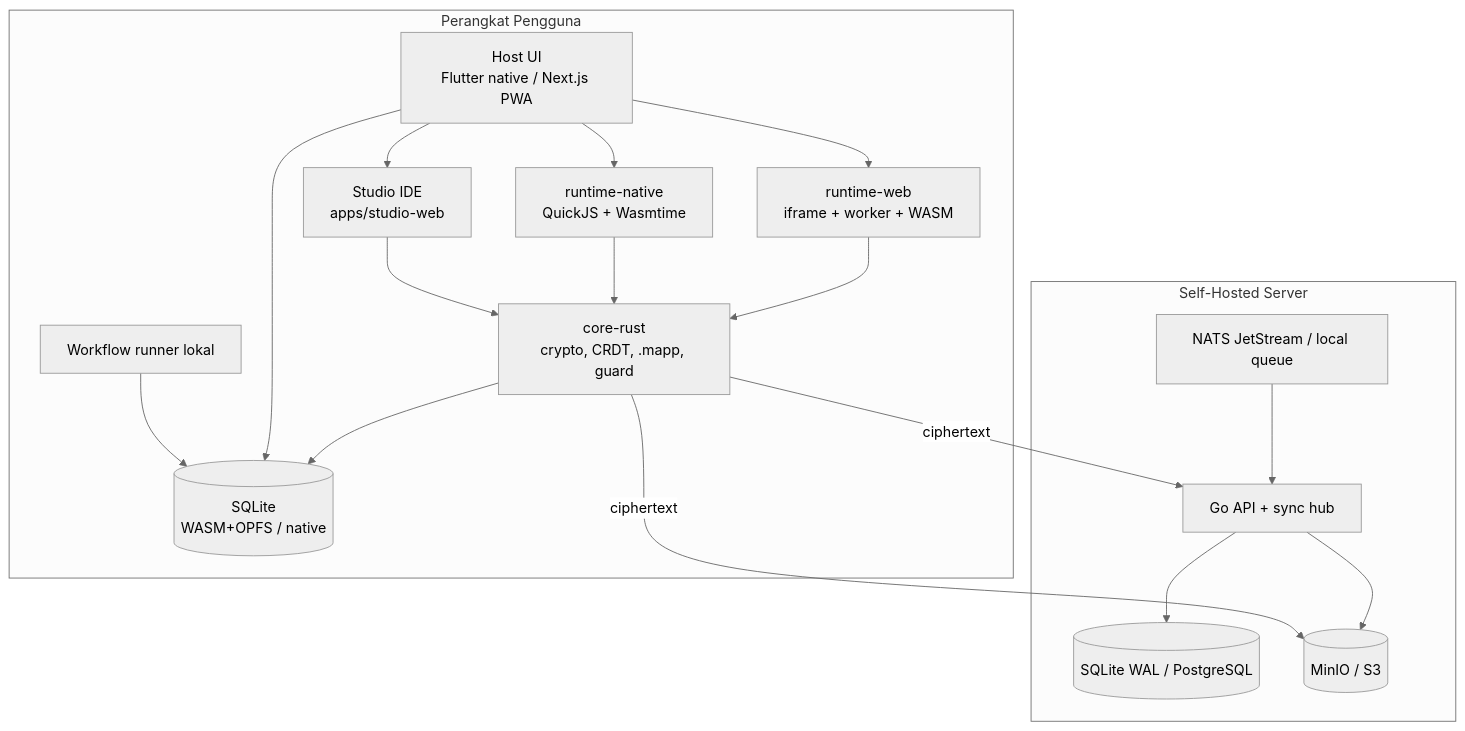
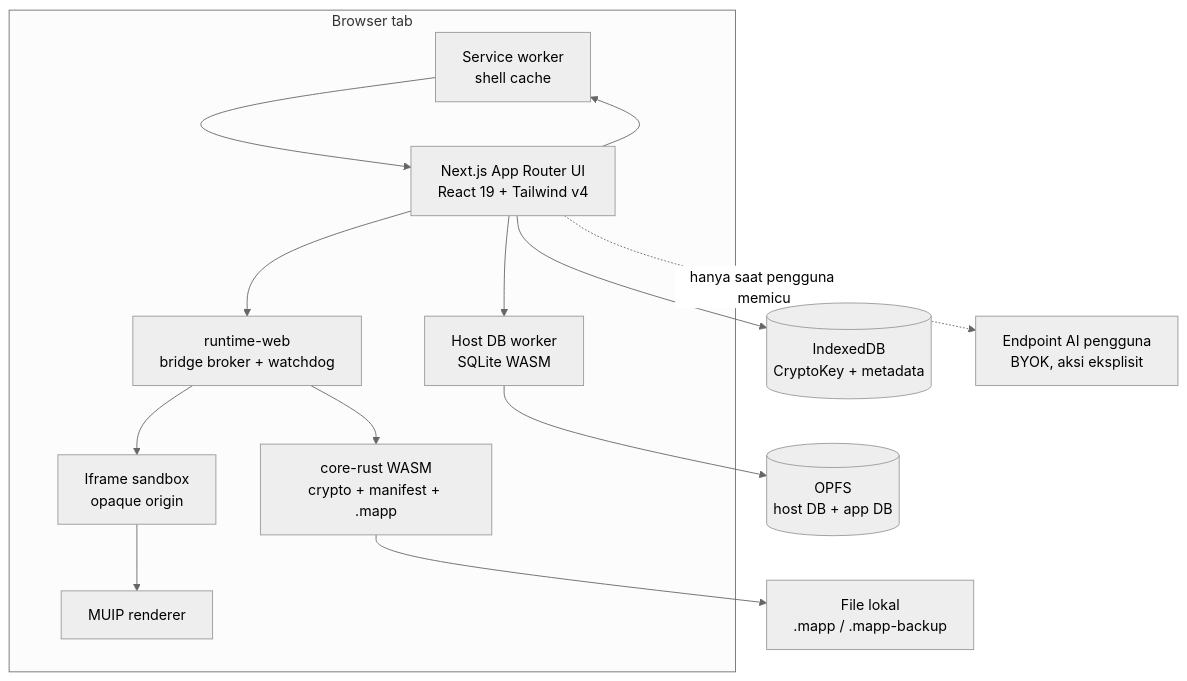
Before and after one commit to Reinvy/microapp-studio: the diagram in docs/01-architecture/system-overview.md, drawn with Mermaid (neutral theme). The commit also changed other lines of this file and 36 other files, not shown here.

First line of the commit message:
docs(architecture): arsitektur web-only dan ADR 0017-0022

````diff
--- a/docs/01-architecture/system-overview.md
+++ b/docs/01-architecture/system-overview.md
@@ -32,32 +28,27 @@
 ```mermaid
 flowchart TB
-    subgraph Device[Perangkat Pengguna]
-        UI[Host UI<br/>Flutter native / Next.js PWA]
-        STUDIO[Studio IDE<br/>apps/studio-web]
-        RTW[runtime-web<br/>iframe + worker + WASM]
-        RTN[runtime-native<br/>QuickJS + Wasmtime]
-        CORE[core-rust<br/>crypto, CRDT, .mapp, guard]
-        DB[(SQLite<br/>WASM+OPFS / native)]
-        WF[Workflow runner lokal]
-    end
-    subgraph Server[Self-Hosted Server]
-        API[Go API + sync hub]
-        PDB[(SQLite WAL / PostgreSQL)]
-        BLOB[(MinIO / S3)]
-        JOBS[NATS JetStream / local queue]
-    end
-    UI --> STUDIO
-    UI --> RTW
-    UI --> RTN
-    RTW --> CORE
-    RTN --> CORE
-    STUDIO --> CORE
-    CORE --> DB
-    UI --> DB
-    WF --> DB
-    API --> PDB
-    API --> BLOB
-    JOBS --> API
-    CORE -->|ciphertext| API
-    CORE -->|ciphertext| BLOB
+  subgraph Tab["Browser tab"]
+    SW["Service worker<br/>shell cache"]
+    UI["Next.js App Router UI<br/>React 19 + Tailwind v4"]
+    DBW["Host DB worker<br/>SQLite WASM"]
+    RT["runtime-web<br/>bridge broker + watchdog"]
+    IF["Iframe sandbox<br/>opaque origin"]
+    MUIP["MUIP renderer"]
+    CORE["core-rust WASM<br/>crypto + manifest + .mapp"]
+  end
+  OPFS[("OPFS<br/>host DB + app DB")]
+  IDB[("IndexedDB<br/>CryptoKey + metadata")]
+  PKG["File lokal<br/>.mapp / .mapp-backup"]
+  AI["Endpoint AI pengguna<br/>BYOK, aksi eksplisit"]
+  UI --> SW
+  SW --> UI
+  UI --> DBW
+  DBW --> OPFS
+  UI --> RT
+  RT --> IF
+  IF --> MUIP
+  RT --> CORE
+  CORE --> PKG
+  UI --> IDB
+  UI -.->|hanya saat pengguna memicu| AI
 ```
````
